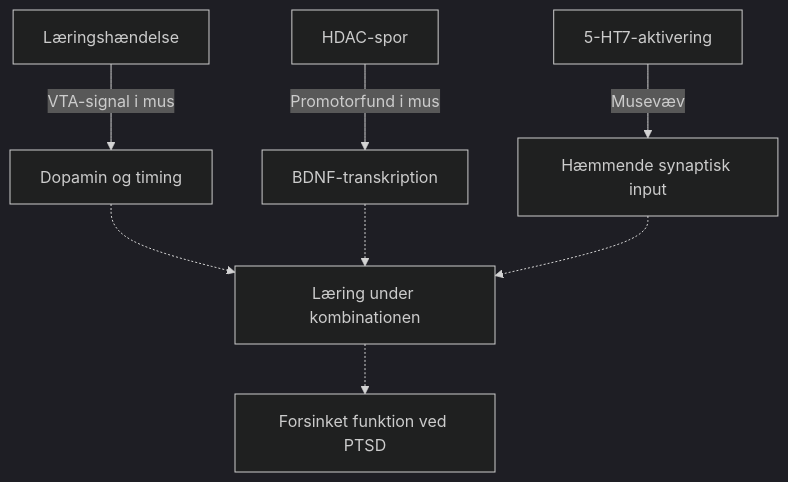
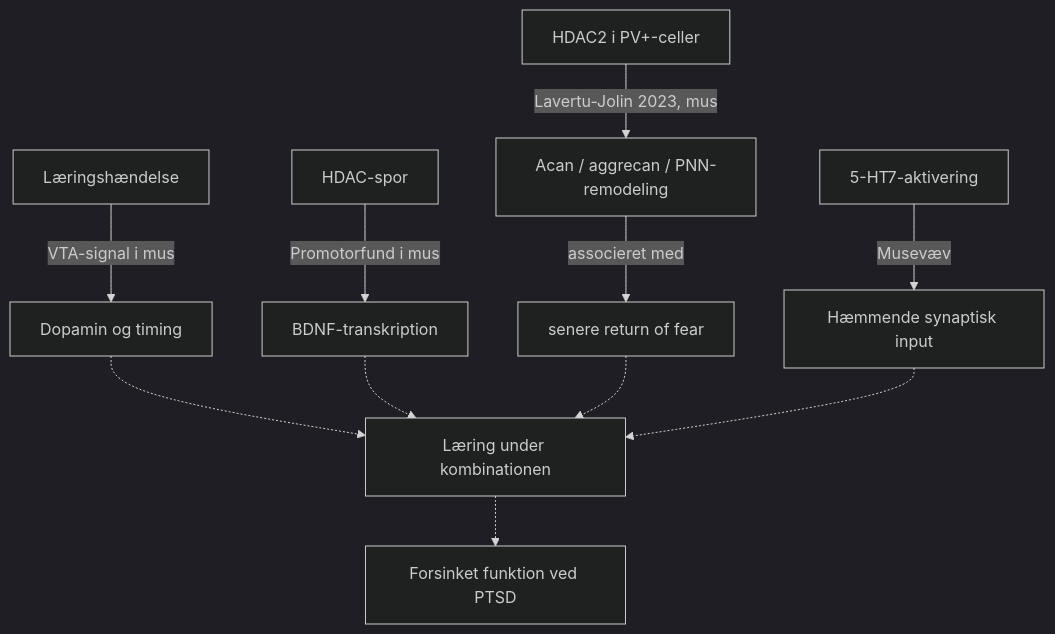
One commit to jekidev/Fearprime_03 changed the diagram in 02_MECHANISMS/HDAC_BDNF_5HT7_DOPAMINE.md. Above: the diagram before and after it, drawn with Mermaid (dark theme). The commit also changed other lines of this file, not shown here.

Commit message:
Integrate Lavertu-Jolin 2023 HDAC2 PV Acan PNN mechanism

````diff
--- a/02_MECHANISMS/HDAC_BDNF_5HT7_DOPAMINE.md
+++ b/02_MECHANISMS/HDAC_BDNF_5HT7_DOPAMINE.md
@@ -78,10 +109,13 @@
 ```mermaid
 flowchart TD
   A["Læringshændelse"] -->|"VTA-signal i mus"| B["Dopamin og timing"]
   C["HDAC-spor"] -->|"Promotorfund i mus"| D["BDNF-transkription"]
+  C2["HDAC2 i PV+-celler"] -->|"Lavertu-Jolin 2023, mus"| P["Acan / aggrecan / PNN-remodeling"]
+  P -->|"associeret med"| R["senere return of fear"]
   E["5-HT7-aktivering"] -->|"Musevæv"| F["Hæmmende synaptisk input"]
   B -.-> G["Læring under kombinationen"]
   D -.-> G
+  R -.-> G
   F -.-> G
   G -.-> H["Forsinket funktion ved PTSD"]
 ```
````
